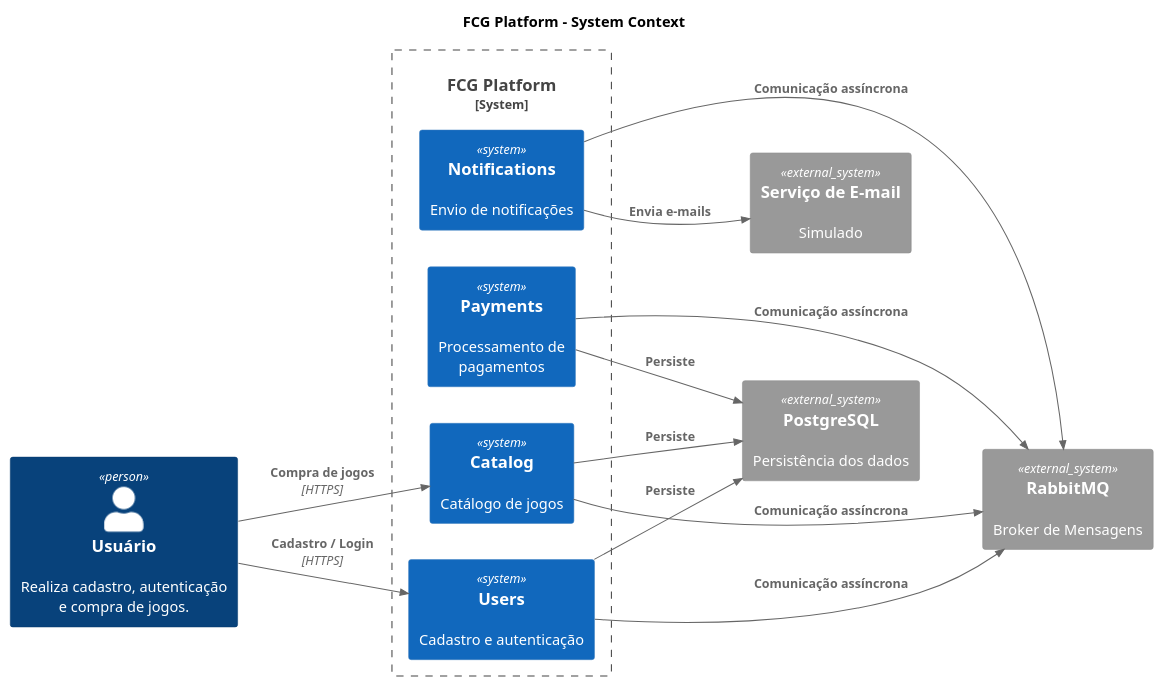
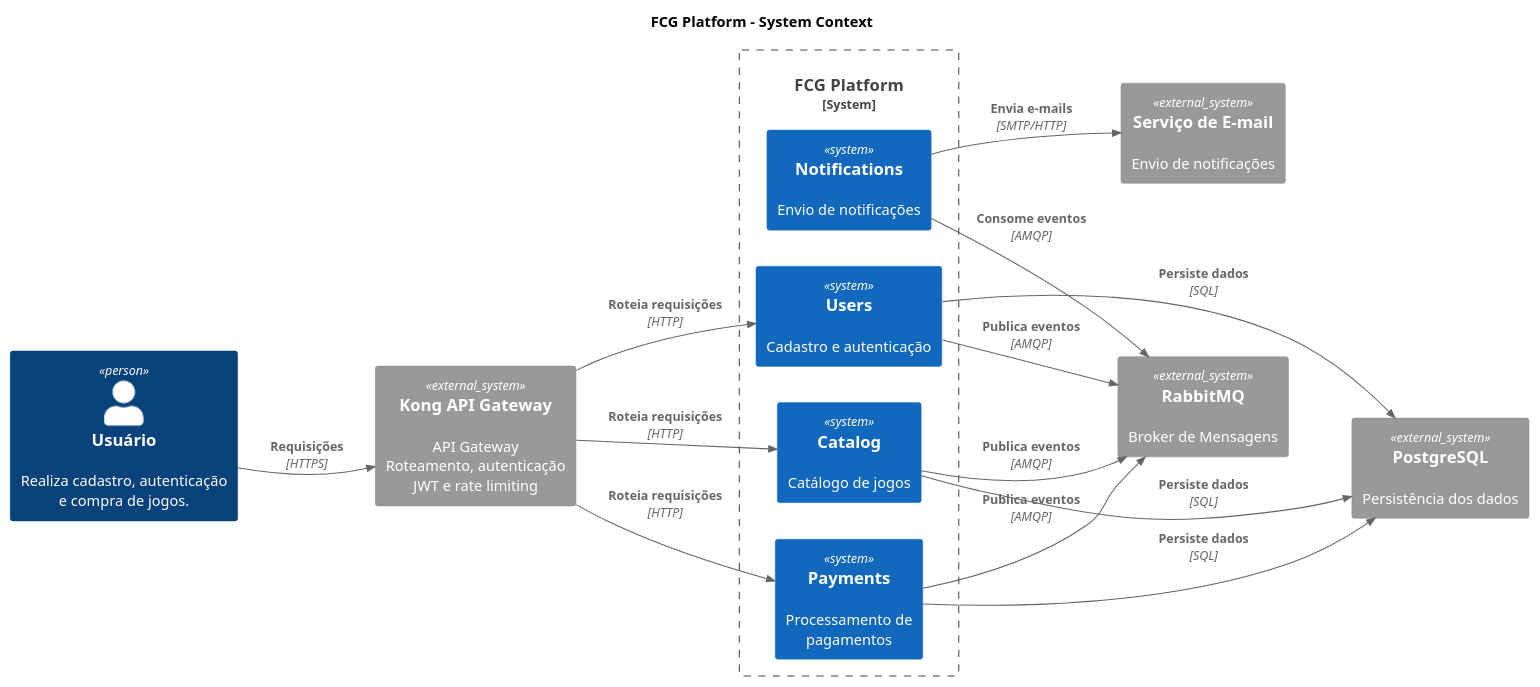
Before and after one commit to FIAP-ARQUITETURA-DOTNET-GRUPO-89/fcg-platform: the diagram in docs/architecture/diagrams/context.puml, drawn with PlantUML. The commit also changed 3 other files, not shown here.

First line of the commit message:
📝 docs(architecture): atualiza diagramas de contexto e containers

```diff
--- a/docs/architecture/diagrams/context.puml
+++ b/docs/architecture/diagrams/context.puml
@@ -1,49 +1,83 @@
 @startuml
 !include https://raw.githubusercontent.com/plantuml-stdlib/C4-PlantUML/master/C4_Context.puml
 
 title FCG Platform - System Context
 
 LAYOUT_LEFT_RIGHT()
 
 Person(user, "Usuário", "Realiza cadastro, autenticação e compra de jogos.")
 
+System_Ext(kong, "Kong API Gateway", "API Gateway\nRoteamento, autenticação JWT e rate limiting")
 
 System_Boundary(fcg, "FCG Platform") {
 
     System(users, "Users", "Cadastro e autenticação")
 
     System(catalog, "Catalog", "Catálogo de jogos")
 
     System(payments, "Payments", "Processamento de pagamentos")
 
     System(notifications, "Notifications", "Envio de notificações")
-
 }
 
 System_Ext(rabbitmq, "RabbitMQ", "Broker de Mensagens")
 System_Ext(postgres, "PostgreSQL", "Persistência dos dados")
-System_Ext(email, "Serviço de E-mail", "Simulado")
+System_Ext(email, "Serviço de E-mail", "Envio de notificações")
+
+
+' ==================================================
+' POSICIONAMENTO
+' ==================================================
+
+Lay_R(user, kong)
+
+Lay_R(kong, users)
+Lay_D(kong, catalog)
 
 Lay_R(users, catalog)
 Lay_R(catalog, payments)
 Lay_R(payments, notifications)
 
-Lay_D(rabbitmq, users)
-Lay_D(postgres, rabbitmq)
-Lay_R(email, notifications)
+Lay_D(catalog, rabbitmq)
+Lay_D(rabbitmq, postgres)
 
-Rel(user, users, "Cadastro / Login", "HTTPS")
-Rel(user, catalog, "Compra de jogos", "HTTPS")
+Lay_R(notifications, email)
 
-Rel(users, rabbitmq, "Comunicação assíncrona")
-Rel(catalog, rabbitmq, "Comunicação assíncrona")
-Rel(payments, rabbitmq, "Comunicação assíncrona")
-Rel(notifications, rabbitmq, "Comunicação assíncrona")
 
-Rel(users, postgres, "Persiste")
-Rel(catalog, postgres, "Persiste")
-Rel(payments, postgres, "Persiste")
+' ==================================================
+' RELACIONAMENTOS EXTERNOS
+' ==================================================
 
-Rel(notifications, email, "Envia e-mails")
+Rel(user, kong, "Requisições", "HTTPS")
+
+Rel(kong, users, "Roteia requisições", "HTTP")
+Rel(kong, catalog, "Roteia requisições", "HTTP")
+Rel(kong, payments, "Roteia requisições", "HTTP")
+
+
+' ==================================================
+' COMUNICAÇÃO ASSÍNCRONA
+' ==================================================
+
+Rel(users, rabbitmq, "Publica eventos", "AMQP")
+Rel(catalog, rabbitmq, "Publica eventos", "AMQP")
+Rel(payments, rabbitmq, "Publica eventos", "AMQP")
+Rel(notifications, rabbitmq, "Consome eventos", "AMQP")
+
+
+' ==================================================
+' PERSISTÊNCIA
+' ==================================================
+
+Rel(users, postgres, "Persiste dados", "SQL")
+Rel(catalog, postgres, "Persiste dados", "SQL")
+Rel(payments, postgres, "Persiste dados", "SQL")
+
+
+' ==================================================
+' NOTIFICAÇÕES
+' ==================================================
+
+Rel(notifications, email, "Envia e-mails", "SMTP/HTTP")
 
 @enduml
```
